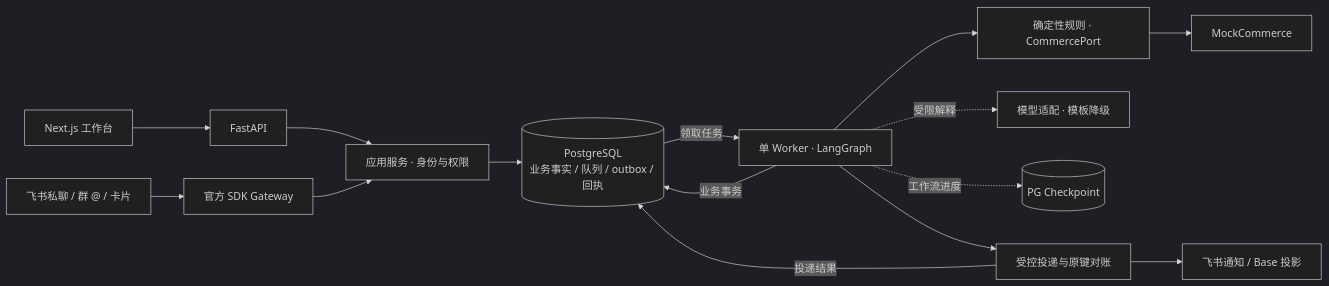
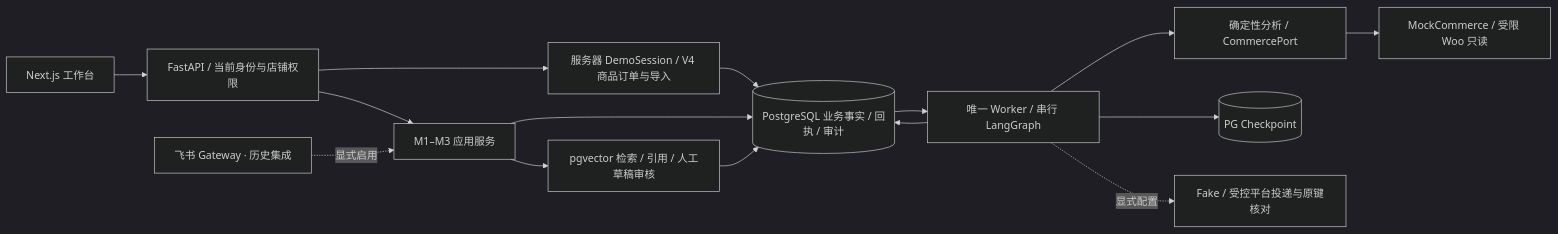
Before and after one commit to aning0922/commerceops-agent: the diagram in README.md, drawn with Mermaid (dark theme). The commit also changed other lines of this file, not shown here.

````diff
--- a/README.md
+++ b/README.md
@@ -73,17 +108,17 @@
 ```mermaid
 flowchart LR
-    Web[Next.js 工作台] --> API[FastAPI]
-    Feishu[飞书私聊 / 群 @ / 卡片] --> Gateway[官方 SDK Gateway]
-    API --> App[应用服务 · 身份与权限]
-    Gateway --> App
-    App --> PG[(PostgreSQL<br/>业务事实 / 队列 / outbox / 回执)]
-    PG -->|领取任务| Worker[单 Worker · LangGraph]
-    Worker --> Rules[确定性规则 · CommercePort]
-    Rules --> Mock[MockCommerce]
-    Worker -. 受限解释 .-> Model[模型适配 · 模板降级]
-    Worker -->|业务事务| PG
-    Worker -. 工作流进度 .-> CP[(PG Checkpoint)]
-    Worker --> Delivery[受控投递与原键对账]
-    Delivery --> Channels[飞书通知 / Base 投影]
-    Delivery -->|投递结果| PG
+    Web[Next.js 工作台] --> API[FastAPI / 当前身份与店铺权限]
+    API --> Demo[服务器 DemoSession / V4 商品订单与导入]
+    Demo --> PG[(PostgreSQL 业务事实 / 回执 / 审计)]
+    API --> App[M1–M3 应用服务]
+    Gateway[飞书 Gateway · 历史集成] -. 显式启用 .-> App
+    App --> PG
+    PG --> Worker[唯一 Worker / 串行 LangGraph]
+    Worker --> Rules[确定性分析 / CommercePort]
+    Rules --> Source[MockCommerce / 受限 Woo 只读]
+    Worker --> PG
+    Worker --> CP[(PG Checkpoint)]
+    App --> Knowledge[pgvector 检索 / 引用 / 人工草稿审核]
+    Knowledge --> PG
+    Worker -. 显式配置 .-> Delivery[Fake / 受控平台投递与原键核对]
 ```
````
